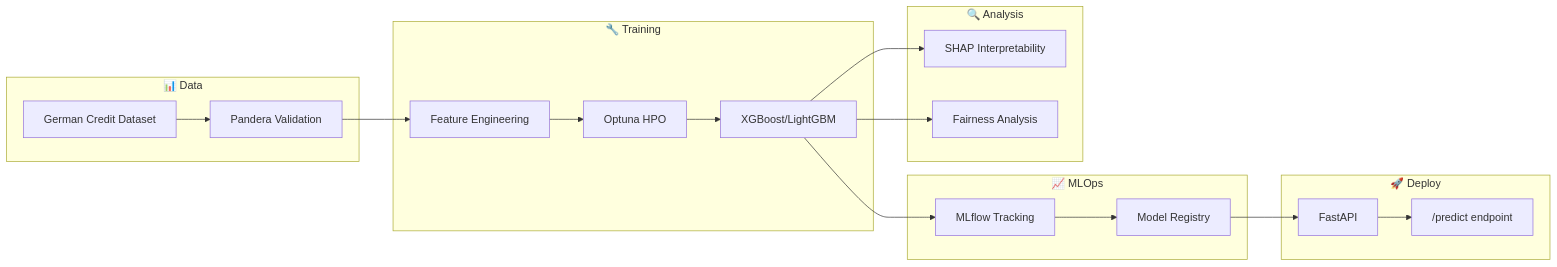
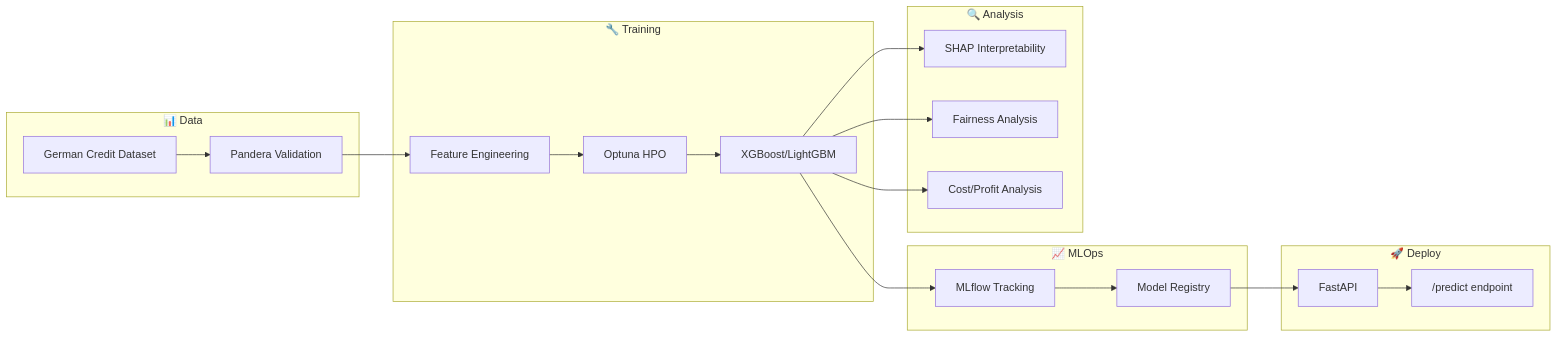
One commit to JorgeSPereira/credit-scoring-shap changed the first of 3 diagrams in README.md. Above: the diagram before and after it, drawn with Mermaid. The commit also changed other lines of this file, not shown here.

Commit message:
docs: update Mermaid diagrams with cost analysis, add customer justification zoom example

````diff
--- a/README.md
+++ b/README.md
@@ -71,27 +44,28 @@
 ```mermaid
 flowchart LR
     subgraph Data["📊 Data"]
         A[German Credit Dataset] --> B[Pandera Validation]
     end
     
     subgraph Training["🔧 Training"]
         B --> C[Feature Engineering]
         C --> D[Optuna HPO]
         D --> E[XGBoost/LightGBM]
     end
     
     subgraph Tracking["📈 MLOps"]
         E --> F[MLflow Tracking]
         F --> G[Model Registry]
     end
     
     subgraph Deploy["🚀 Deploy"]
         G --> H[FastAPI]
         H --> I["/predict endpoint"]
     end
     
     subgraph Analysis["🔍 Analysis"]
         E --> J[SHAP Interpretability]
         E --> K[Fairness Analysis]
+        E --> L[Cost/Profit Analysis]
     end
 ```
````
